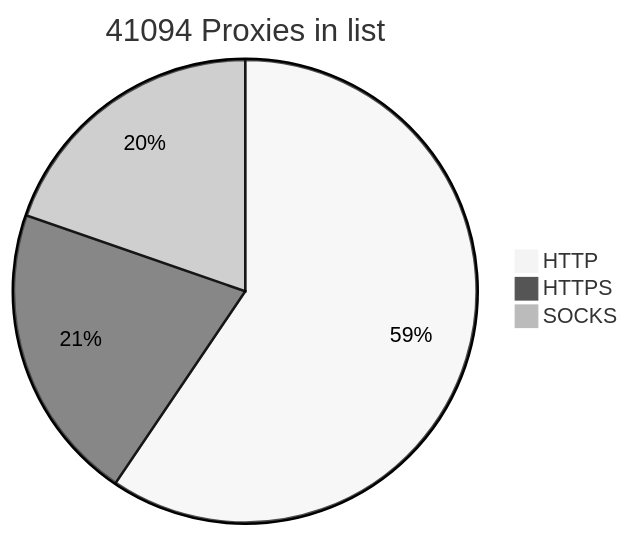
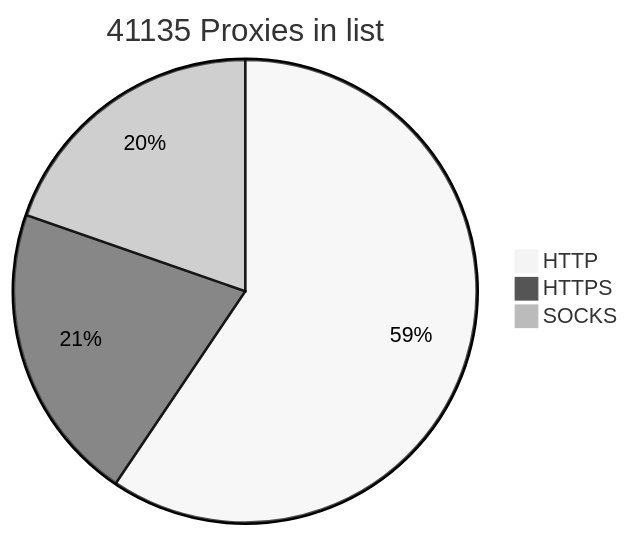
The diagram in README.md (BlackSnowDot/proxylist-update-every-minute), drawn with Mermaid (neutral theme) before and after one commit.

````diff
--- a/README.md
+++ b/README.md
@@ -2,6 +2,6 @@
 ```mermaid
-pie title 41094 Proxies in list
-    "HTTP" : 28412
-    "HTTPS": 9962
+pie title 41135 Proxies in list
+    "HTTP" : 28428
+    "HTTPS": 9991
     "SOCKS" : 9408
 ```
````
